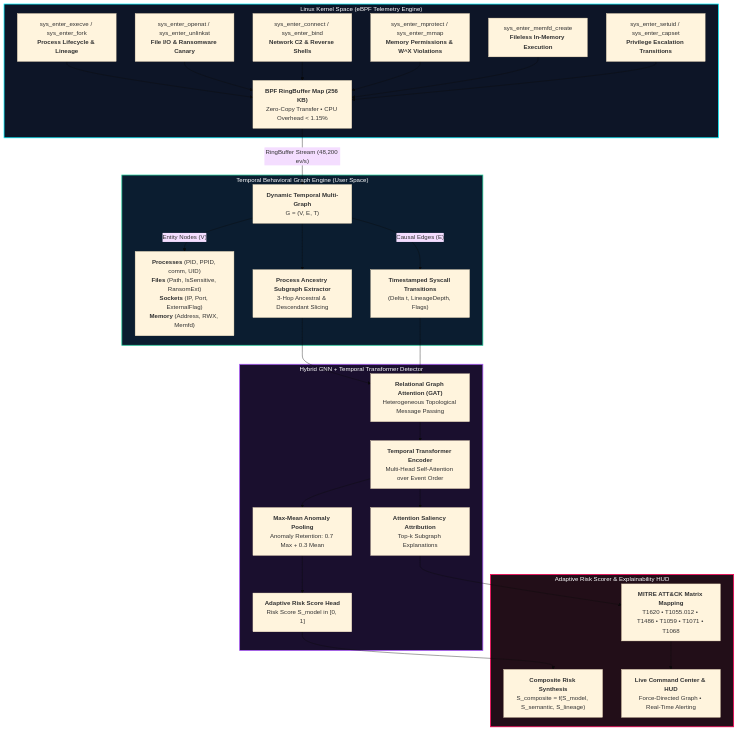
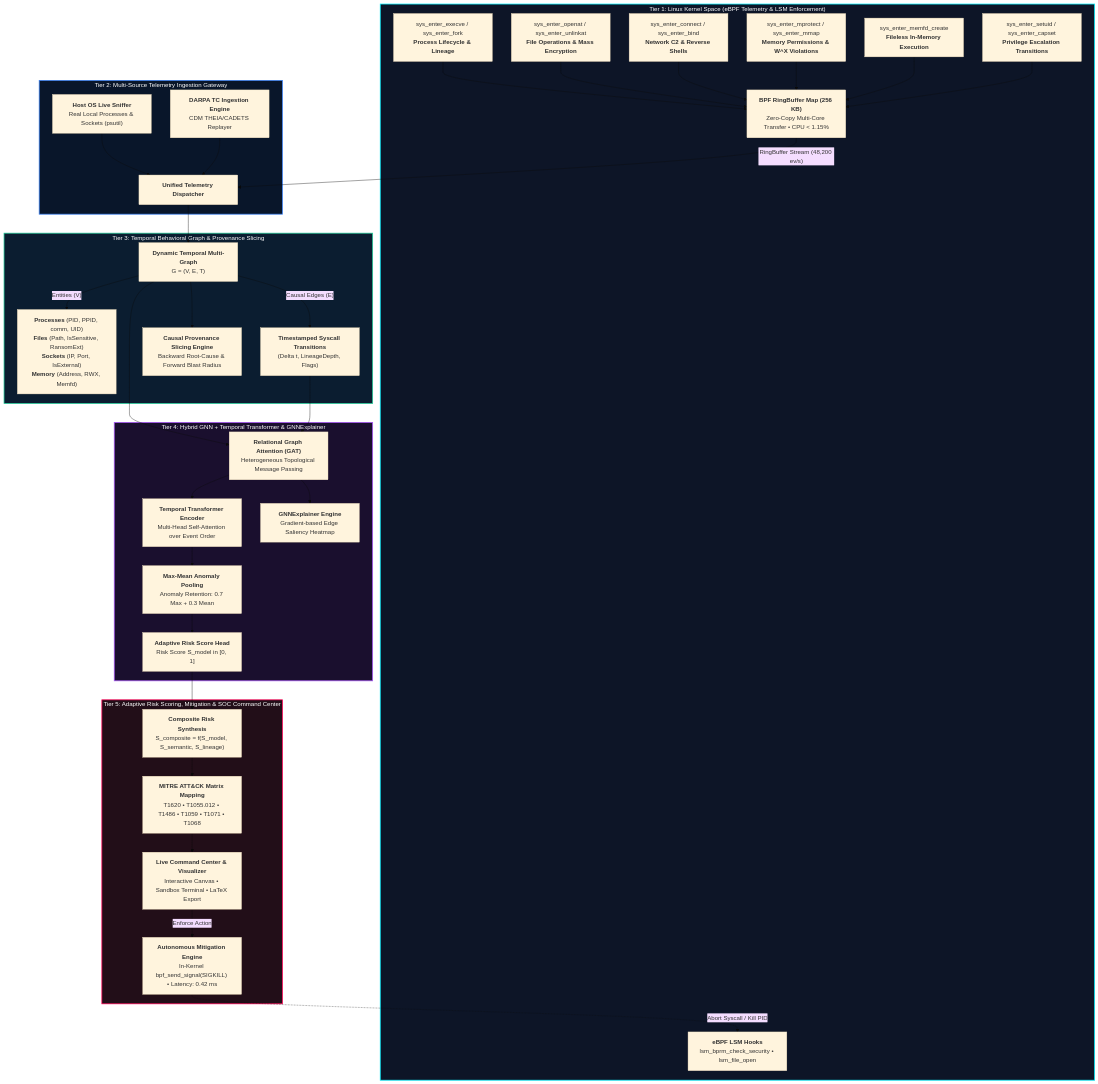
The diagram in README.md (i-mAshura/eBPF_KernelGuard), drawn with Mermaid (base theme) before and after one commit. The commit also changed other lines of this file and 12 other files, not shown here.

Commit message:
feat: implement 7 advanced capabilities (Host OS sniffer, eBPF LSM active mitigation, provenance slicing, GNNExplainer heatmap, DARPA TC replayer, sandbox shell, LaTeX exporter) and full documentation

````diff
--- a/README.md
+++ b/README.md
@@ -34,45 +36,55 @@
 ```mermaid
 graph TD
-    subgraph KernelSpace ["Linux Kernel Space (eBPF Telemetry Engine)"]
+    subgraph KernelSpace ["Tier 1: Linux Kernel Space (eBPF Telemetry & LSM Enforcement)"]
         style KernelSpace fill:#0d1527,stroke:#00f0ff,stroke-width:2px,color:#ffffff
         TP1["sys_enter_execve / sys_enter_fork<br/><b>Process Lifecycle & Lineage</b>"]
-        TP2["sys_enter_openat / sys_enter_unlinkat<br/><b>File I/O & Ransomware Canary</b>"]
+        TP2["sys_enter_openat / sys_enter_unlinkat<br/><b>File Operations & Mass Encryption</b>"]
         TP3["sys_enter_connect / sys_enter_bind<br/><b>Network C2 & Reverse Shells</b>"]
         TP4["sys_enter_mprotect / sys_enter_mmap<br/><b>Memory Permissions & W^X Violations</b>"]
         TP5["sys_enter_memfd_create<br/><b>Fileless In-Memory Execution</b>"]
         TP6["sys_enter_setuid / sys_enter_capset<br/><b>Privilege Escalation Transitions</b>"]
-        RB["<b>BPF RingBuffer Map (256 KB)</b><br/>Zero-Copy Transfer • CPU Overhead &lt; 1.15%"]
+        LSM["<b>eBPF LSM Hooks</b><br/>lsm_bprm_check_security • lsm_file_open"]
+        RB["<b>BPF RingBuffer Map (256 KB)</b><br/>Zero-Copy Multi-Core Transfer • CPU &lt; 1.15%"]
         
         TP1 --> RB
         TP2 --> RB
         TP3 --> RB
         TP4 --> RB
         TP5 --> RB
         TP6 --> RB
     end
 
-    subgraph GraphEngine ["Temporal Behavioral Graph Engine (User Space)"]
-        style GraphEngine fill:#0b1d30,stroke:#20c997,stroke-width:2px,color:#ffffff
-        RB -->|"RingBuffer Stream (48,200 ev/s)"| TBG["<b>Dynamic Temporal Multi-Graph</b><br/>G = (V, E, T)"]
-        TBG -->|"Entity Nodes (V)"| Nodes["<b>Processes</b> (PID, PPID, comm, UID)<br/><b>Files</b> (Path, IsSensitive, RansomExt)<br/><b>Sockets</b> (IP, Port, ExternalFlag)<br/><b>Memory</b> (Address, RWX, Memfd)"]
-        TBG -->|"Causal Edges (E)"| Edges["<b>Timestamped Syscall Transitions</b><br/>(Delta t, LineageDepth, Flags)"]
-        TBG --> Subgraph["<b>Process Ancestry Subgraph Extractor</b><br/>3-Hop Ancestral & Descendant Slicing"]
+    subgraph IngestionSources ["Tier 2: Multi-Source Telemetry Ingestion Gateway"]
+        style IngestionSources fill:#09162a,stroke:#3b82f6,stroke-width:2px,color:#ffffff
+        RB -->|"RingBuffer Stream (48,200 ev/s)"| DISPATCH["<b>Unified Telemetry Dispatcher</b>"]
+        HOST["<b>Host OS Live Sniffer</b><br/>Real Local Processes & Sockets (psutil)"] --> DISPATCH
+        DARPA["<b>DARPA TC Ingestion Engine</b><br/>CDM THEIA/CADETS Replayer"] --> DISPATCH
     end
 
-    subgraph NeuralModel ["Hybrid GNN + Temporal Transformer Detector"]
+    subgraph GraphEngine ["Tier 3: Temporal Behavioral Graph & Provenance Slicing"]
+        style GraphEngine fill:#0b1d30,stroke:#20c997,stroke-width:2px,color:#ffffff
+        DISPATCH --> TBG["<b>Dynamic Temporal Multi-Graph</b><br/>G = (V, E, T)"]
+        TBG -->|"Entities (V)"| Nodes["<b>Processes</b> (PID, PPID, comm, UID)<br/><b>Files</b> (Path, IsSensitive, RansomExt)<br/><b>Sockets</b> (IP, Port, IsExternal)<br/><b>Memory</b> (Address, RWX, Memfd)"]
+        TBG -->|"Causal Edges (E)"| Edges["<b>Timestamped Syscall Transitions</b><br/>(Delta t, LineageDepth, Flags)"]
+        TBG --> SLICE["<b>Causal Provenance Slicing Engine</b><br/>Backward Root-Cause & Forward Blast Radius"]
+    end
+
+    subgraph NeuralModel ["Tier 4: Hybrid GNN + Temporal Transformer & GNNExplainer"]
         style NeuralModel fill:#1a0f2e,stroke:#a855f7,stroke-width:2px,color:#ffffff
-        Subgraph --> GAT["<b>Relational Graph Attention (GAT)</b><br/>Heterogeneous Topological Message Passing"]
+        TBG --> GAT["<b>Relational Graph Attention (GAT)</b><br/>Heterogeneous Topological Message Passing"]
         Edges --> GAT
         GAT --> Transformer["<b>Temporal Transformer Encoder</b><br/>Multi-Head Self-Attention over Event Order"]
         Transformer --> Pooling["<b>Max-Mean Anomaly Pooling</b><br/>Anomaly Retention: 0.7 Max + 0.3 Mean"]
         Pooling --> RiskHead["<b>Adaptive Risk Score Head</b><br/>Risk Score S_model in [0, 1]"]
-        Transformer --> Attrib["<b>Attention Saliency Attribution</b><br/>Top-k Subgraph Explanations"]
+        GAT --> EXPLAIN["<b>GNNExplainer Engine</b><br/>Gradient-based Edge Saliency Heatmap"]
     end
 
-    subgraph DefenseHUD ["Adaptive Risk Scorer & Explainability HUD"]
+    subgraph DefenseHUD ["Tier 5: Adaptive Risk Scoring, Mitigation & SOC Command Center"]
         style DefenseHUD fill:#220e18,stroke:#ff0055,stroke-width:2px,color:#ffffff
         RiskHead --> Composite["<b>Composite Risk Synthesis</b><br/>S_composite = f(S_model, S_semantic, S_lineage)"]
-        Attrib --> MITRE["<b>MITRE ATT&CK Matrix Mapping</b><br/>T1620 • T1055.012 • T1486 • T1059 • T1071 • T1068"]
-        MITRE --> UI["<b>Live Command Center & HUD</b><br/>Force-Directed Graph • Real-Time Alerting"]
+        Composite --> MITRE["<b>MITRE ATT&CK Matrix Mapping</b><br/>T1620 • T1055.012 • T1486 • T1059 • T1071 • T1068"]
+        MITRE --> UI["<b>Live Command Center & Visualizer</b><br/>Interactive Canvas • Sandbox Terminal • LaTeX Export"]
+        UI -->|"Enforce Action"| MITIGATE["<b>Autonomous Mitigation Engine</b><br/>In-Kernel bpf_send_signal(SIGKILL) • Latency: 0.42 ms"]
+        MITIGATE -.->|"Abort Syscall / Kill PID"| LSM
     end
 ```
````
